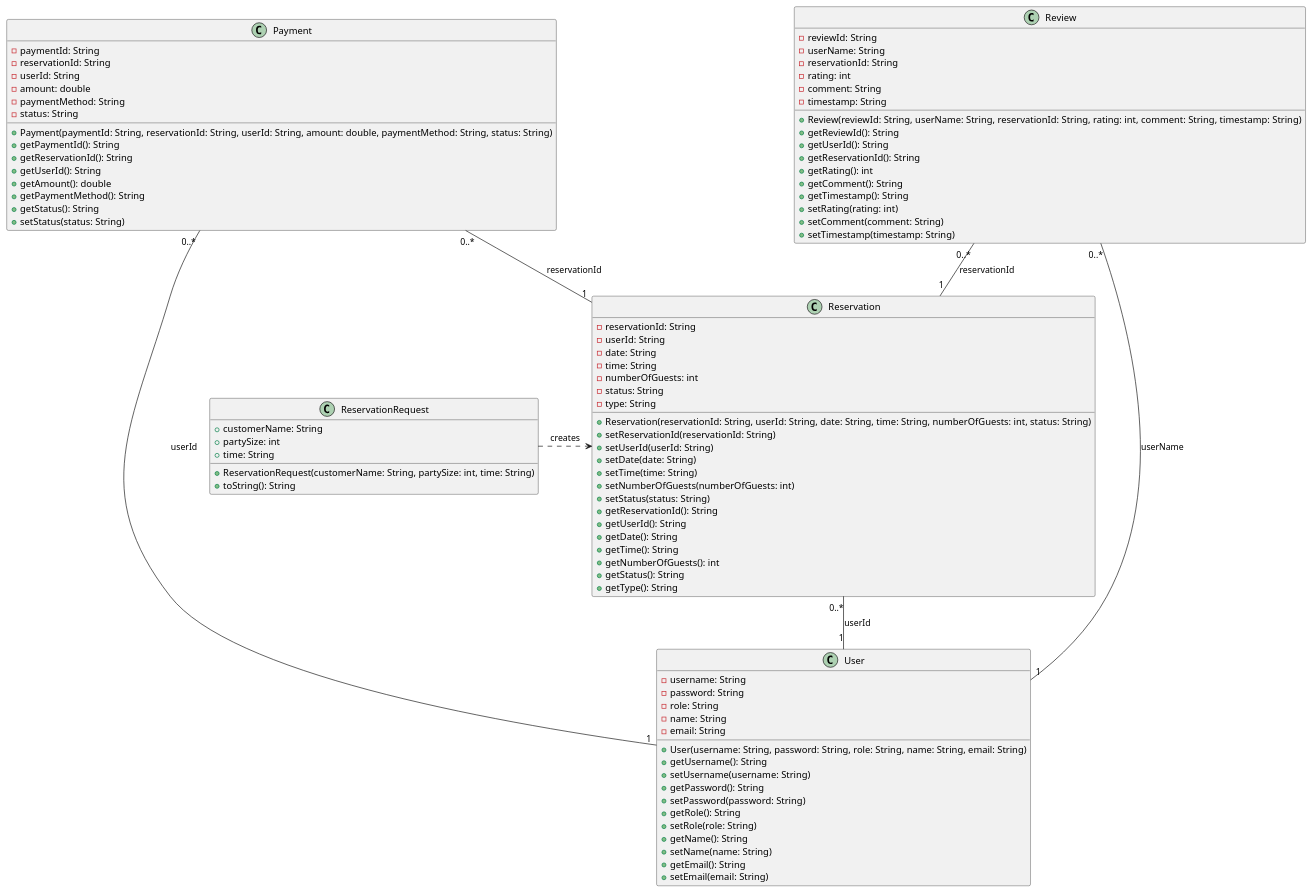
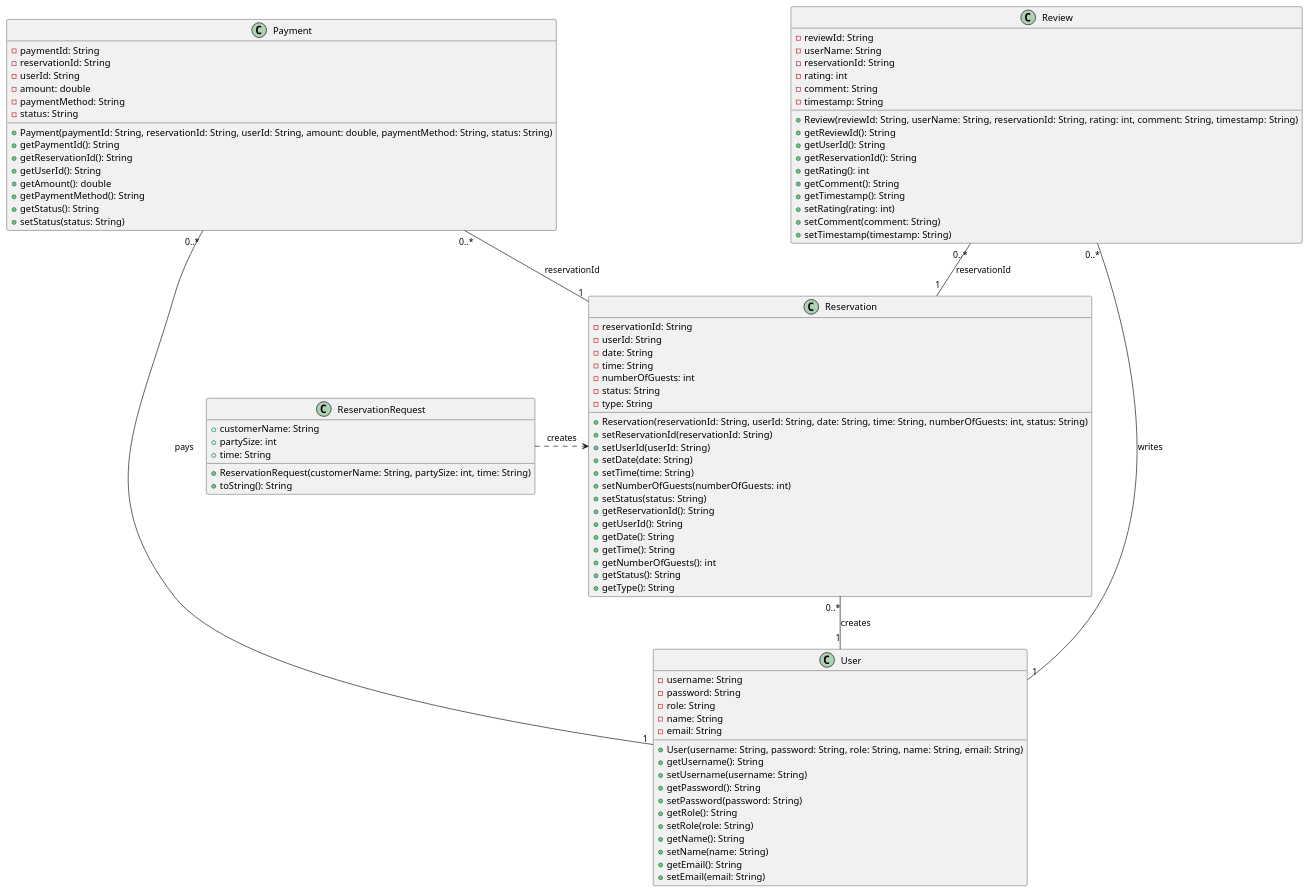
One commit to Pamindu-Rashmitha/RestaurantTableReservationPlatform-1- changed the diagram in src/Restaurant-Table-Reservation-Platform.puml. Above: the diagram before and after it, drawn with PlantUML.

```diff
--- a/src/Restaurant-Table-Reservation-Platform.puml
+++ b/src/Restaurant-Table-Reservation-Platform.puml
@@ -1,100 +1,100 @@
 @startuml
 
 
   class Payment {
     -paymentId: String
     -reservationId: String
     -userId: String
     -amount: double
     -paymentMethod: String
     -status: String
     +Payment(paymentId: String, reservationId: String, userId: String, amount: double, paymentMethod: String, status: String)
     +getPaymentId(): String
     +getReservationId(): String
     +getUserId(): String
     +getAmount(): double
     +getPaymentMethod(): String
     +getStatus(): String
     +setStatus(status: String)
   }
 
   class Reservation {
     -reservationId: String
     -userId: String
     -date: String
     -time: String
     -numberOfGuests: int
     -status: String
     -type: String
     +Reservation(reservationId: String, userId: String, date: String, time: String, numberOfGuests: int, status: String)
     +setReservationId(reservationId: String)
     +setUserId(userId: String)
     +setDate(date: String)
     +setTime(time: String)
     +setNumberOfGuests(numberOfGuests: int)
     +setStatus(status: String)
     +getReservationId(): String
     +getUserId(): String
     +getDate(): String
     +getTime(): String
     +getNumberOfGuests(): int
     +getStatus(): String
     +getType(): String
   }
 
   class ReservationRequest {
     +customerName: String
     +partySize: int
     +time: String
     +ReservationRequest(customerName: String, partySize: int, time: String)
     +toString(): String
   }
 
   class Review {
     -reviewId: String
     -userName: String
     -reservationId: String
     -rating: int
     -comment: String
     -timestamp: String
     +Review(reviewId: String, userName: String, reservationId: String, rating: int, comment: String, timestamp: String)
     +getReviewId(): String
     +getUserId(): String
     +getReservationId(): String
     +getRating(): int
     +getComment(): String
     +getTimestamp(): String
     +setRating(rating: int)
     +setComment(comment: String)
     +setTimestamp(timestamp: String)
   }
 
   class User {
     -username: String
     -password: String
     -role: String
     -name: String
     -email: String
     +User(username: String, password: String, role: String, name: String, email: String)
     +getUsername(): String
     +setUsername(username: String)
     +getPassword(): String
     +setPassword(password: String)
     +getRole(): String
     +setRole(role: String)
     +getName(): String
     +setName(name: String)
     +getEmail(): String
     +setEmail(email: String)
   }
 
   ' Associations
-Reservation "0..*" -- "1" User : userId
+Reservation "0..*" -- "1" User : creates
 Payment "0..*" -- "1" Reservation : reservationId
-Payment "0..*" -- "1" User : userId
+Payment "0..*" -- "1" User : pays
 Review "0..*" -- "1" Reservation : reservationId
-Review "0..*" -- "1" User : userName
+Review "0..*" -- "1" User : writes
 ReservationRequest .> Reservation : creates
 
 
 @enduml
```
